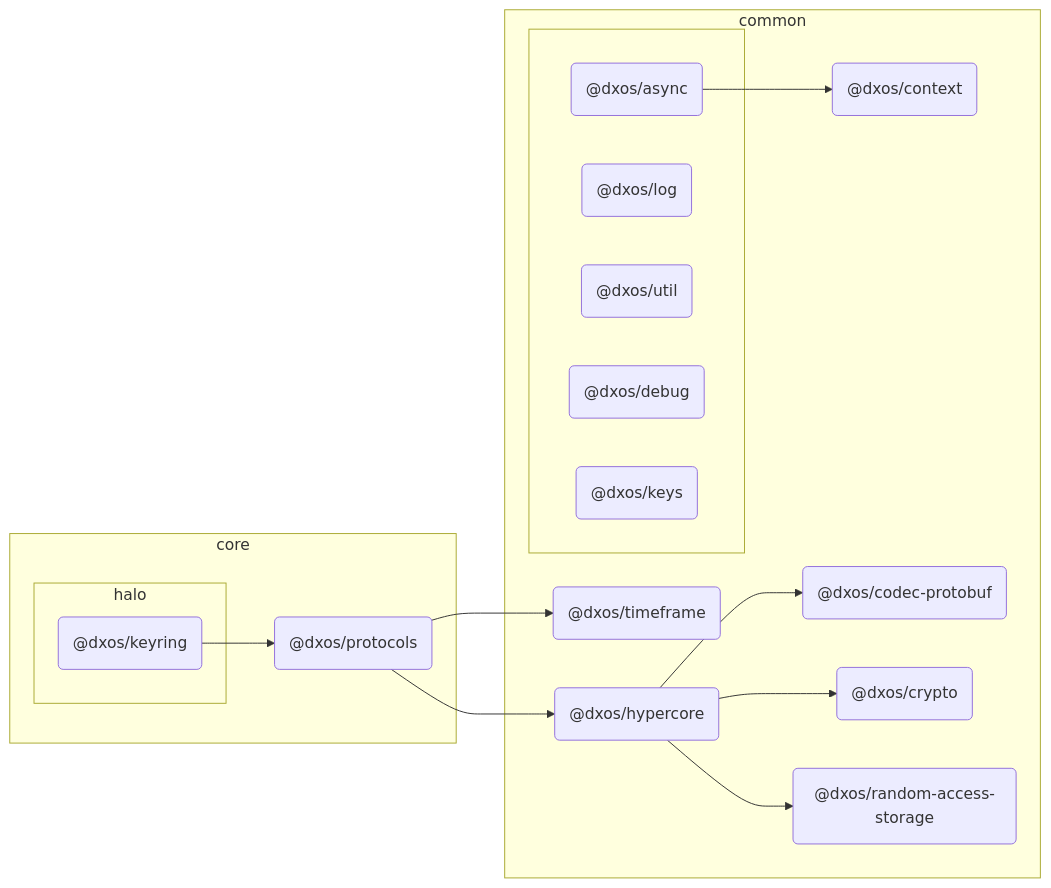
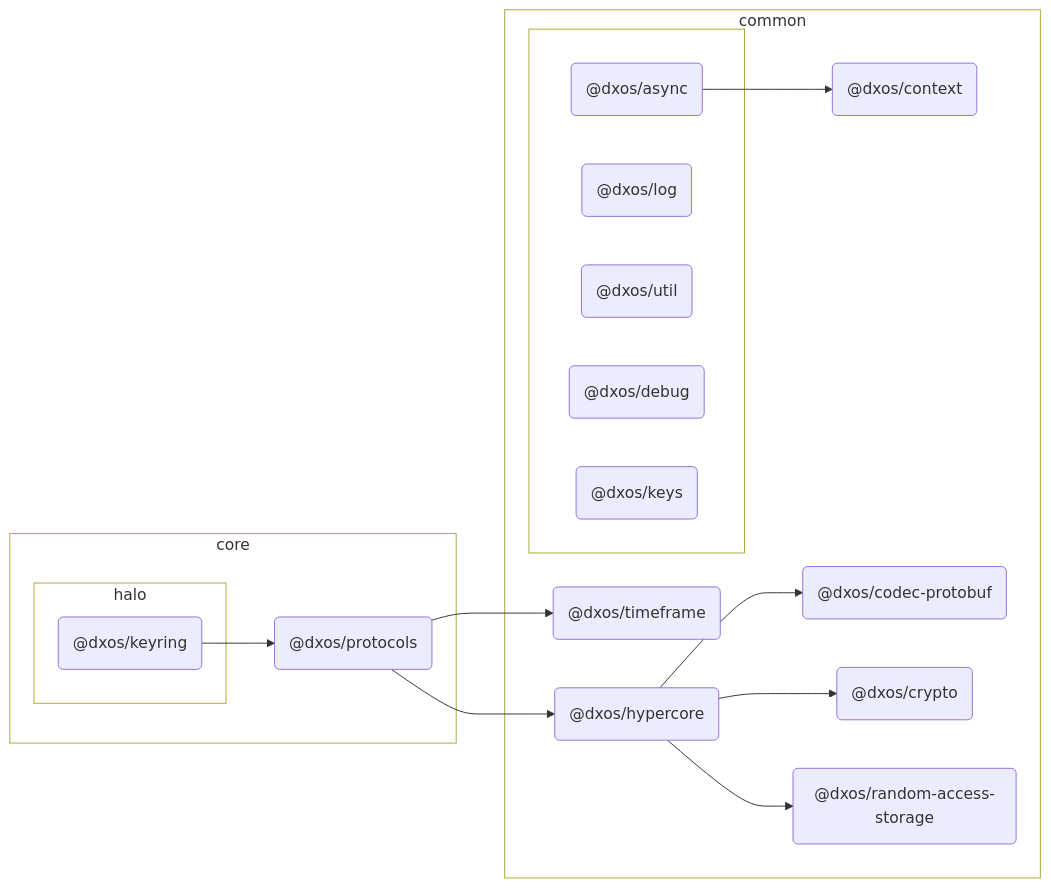
One commit to dxos/dxos changed the diagram in packages/core/halo/keyring/docs/README.md. Above: the diagram before and after it, drawn with Mermaid. The commit also changed 80 other files, not shown here.

````diff
--- a/packages/core/halo/keyring/docs/README.md
+++ b/packages/core/halo/keyring/docs/README.md
@@ -7,55 +7,62 @@
 ```mermaid
 %%{ init: {'flowchart':{'curve':'basis'}} }%%
 
 flowchart LR
 
+%% Classes
+
+
+
 %% Nodes
 
 subgraph core [core]
+  style core fill:transparent
   dxos/protocols("@dxos/protocols"):::def
   click dxos/protocols "dxos/dxos/tree/main/packages/core/protocols/docs"
 
   subgraph halo [halo]
+    style halo fill:transparent
     dxos/keyring("@dxos/keyring"):::root
     click dxos/keyring "dxos/dxos/tree/main/packages/core/halo/keyring/docs"
   end
 end
 
 subgraph common [common]
+  style common fill:transparent
   dxos/context("@dxos/context"):::def
   click dxos/context "dxos/dxos/tree/main/packages/common/context/docs"
   dxos/codec-protobuf("@dxos/codec-protobuf"):::def
   click dxos/codec-protobuf "dxos/dxos/tree/main/packages/common/codec-protobuf/docs"
   dxos/crypto("@dxos/crypto"):::def
   click dxos/crypto "dxos/dxos/tree/main/packages/common/crypto/docs"
   dxos/hypercore("@dxos/hypercore"):::def
   click dxos/hypercore "dxos/dxos/tree/main/packages/common/hypercore/docs"
   dxos/random-access-storage("@dxos/random-access-storage"):::def
   click dxos/random-access-storage "dxos/dxos/tree/main/packages/common/random-access-storage/docs"
   dxos/timeframe("@dxos/timeframe"):::def
   click dxos/timeframe "dxos/dxos/tree/main/packages/common/timeframe/docs"
 
   subgraph _ [ ]
+    style _ fill:transparent
     dxos/async("@dxos/async"):::def
     click dxos/async "dxos/dxos/tree/main/packages/common/async/docs"
     dxos/log("@dxos/log"):::def
     click dxos/log "dxos/dxos/tree/main/packages/common/log/docs"
     dxos/util("@dxos/util"):::def
     click dxos/util "dxos/dxos/tree/main/packages/common/util/docs"
     dxos/debug("@dxos/debug"):::def
     click dxos/debug "dxos/dxos/tree/main/packages/common/debug/docs"
     dxos/keys("@dxos/keys"):::def
     click dxos/keys "dxos/dxos/tree/main/packages/common/keys/docs"
   end
 end
 
 %% Links
-linkStyle default stroke:#333,stroke-width:1px
 dxos/async --> dxos/context
 dxos/keyring --> dxos/protocols
 dxos/protocols --> dxos/hypercore
 dxos/hypercore --> dxos/codec-protobuf
 dxos/hypercore --> dxos/crypto
 dxos/hypercore --> dxos/random-access-storage
 dxos/protocols --> dxos/timeframe
 ```
````
